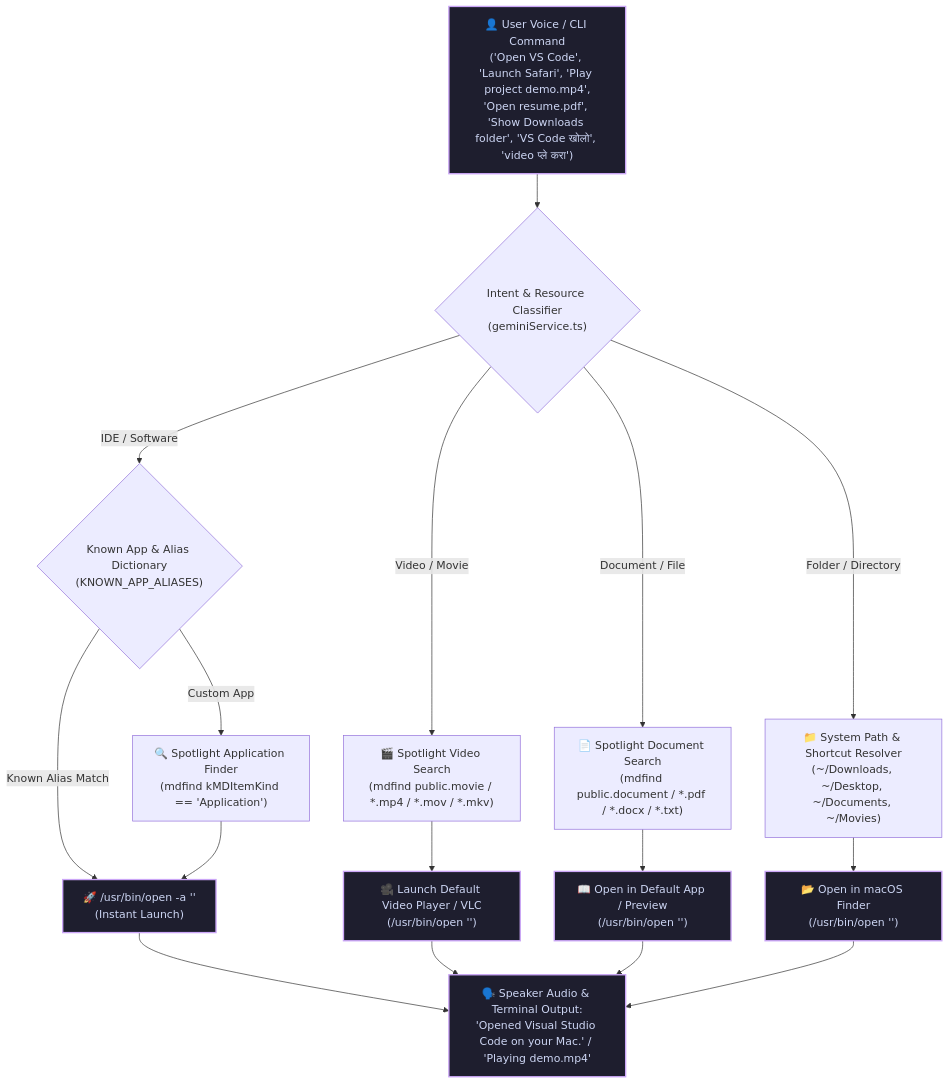
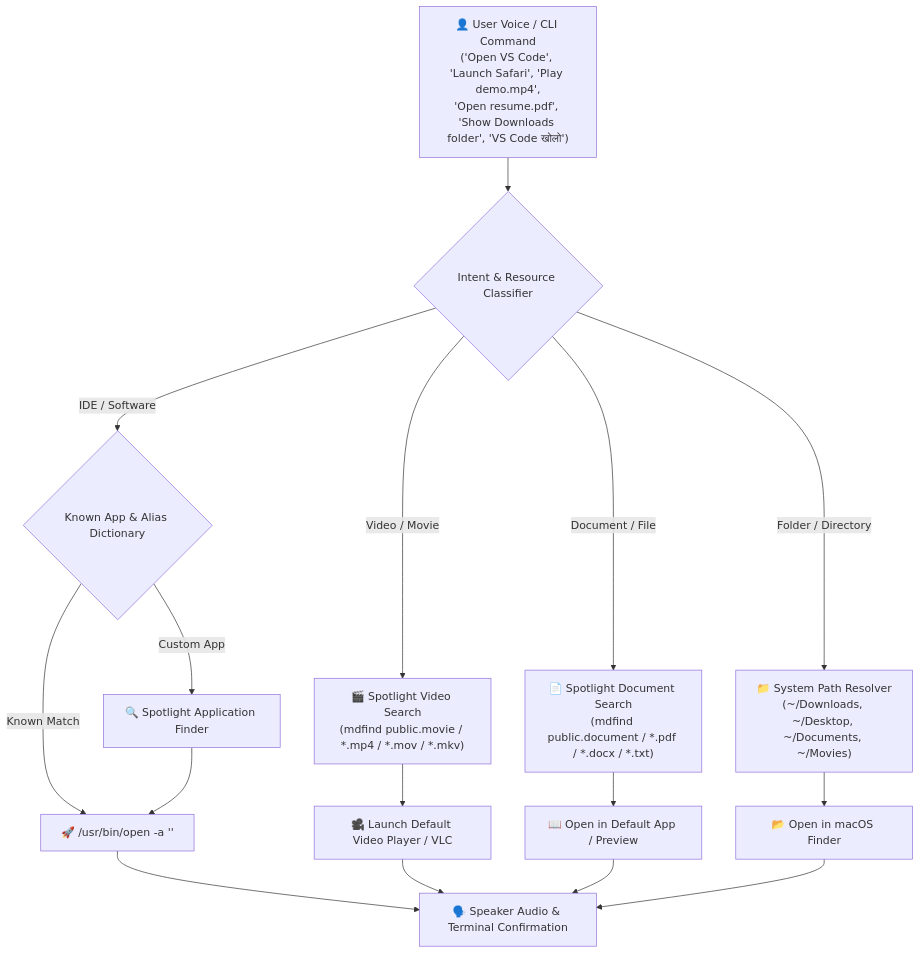
Before and after one commit to ashwintelangstark/january.systems: the seventh of 11 diagrams in README.md, drawn with Mermaid. The commit also changed other lines of this file, not shown here.

````diff
--- a/README.md
+++ b/README.md
@@ -235,22 +362,19 @@
 ```mermaid
 flowchart TD
-    CMD["👤 User Voice / CLI Command<br/>('Open VS Code', 'Launch Safari', 'Play project demo.mp4',<br/>'Open resume.pdf', 'Show Downloads folder', 'VS Code खोलो', 'video प्ले करा')"] --> PARSE{"Intent & Resource Classifier<br/>(geminiService.ts)"}
+    CMD["👤 User Voice / CLI Command<br/>('Open VS Code', 'Launch Safari', 'Play demo.mp4',<br/>'Open resume.pdf', 'Show Downloads folder', 'VS Code खोलो')"] --> PARSE{"Intent & Resource Classifier"}
 
-    PARSE -->|"IDE / Software"| APP_LOOKUP{"Known App & Alias Dictionary<br/>(KNOWN_APP_ALIASES)"}
+    PARSE -->|"IDE / Software"| APP_LOOKUP{"Known App & Alias Dictionary"}
     PARSE -->|"Video / Movie"| SPOT_VID["🎬 Spotlight Video Search<br/>(mdfind public.movie / *.mp4 / *.mov / *.mkv)"]
     PARSE -->|"Document / File"| SPOT_DOC["📄 Spotlight Document Search<br/>(mdfind public.document / *.pdf / *.docx / *.txt)"]
-    PARSE -->|"Folder / Directory"| FOLDER_LOOKUP["📁 System Path & Shortcut Resolver<br/>(~/Downloads, ~/Desktop, ~/Documents, ~/Movies)"]
+    PARSE -->|"Folder / Directory"| FOLDER_LOOKUP["📁 System Path Resolver<br/>(~/Downloads, ~/Desktop, ~/Documents, ~/Movies)"]
 
-    APP_LOOKUP -->|"Known Alias Match"| EXEC_APP["🚀 /usr/bin/open -a '<App>'<br/>(Instant Launch)"]
-    APP_LOOKUP -->|"Custom App"| SPOT_APP["🔍 Spotlight Application Finder<br/>(mdfind kMDItemKind == 'Application')"]
+    APP_LOOKUP -->|"Known Match"| EXEC_APP["🚀 /usr/bin/open -a '<App>'"]
+    APP_LOOKUP -->|"Custom App"| SPOT_APP["🔍 Spotlight Application Finder"]
     SPOT_APP --> EXEC_APP
 
-    SPOT_VID --> PLAY_VID["🎥 Launch Default Video Player / VLC<br/>(/usr/bin/open '<VideoPath>')"]
-    SPOT_DOC --> OPEN_DOC["📖 Open in Default App / Preview<br/>(/usr/bin/open '<DocPath>')"]
-    FOLDER_LOOKUP --> OPEN_FOLDER["📂 Open in macOS Finder<br/>(/usr/bin/open '<FolderPath>')"]
+    SPOT_VID --> PLAY_VID["🎥 Launch Default Video Player / VLC"]
+    SPOT_DOC --> OPEN_DOC["📖 Open in Default App / Preview"]
+    FOLDER_LOOKUP --> OPEN_FOLDER["📂 Open in macOS Finder"]
 
-    EXEC_APP & PLAY_VID & OPEN_DOC & OPEN_FOLDER --> CONFIRM["🗣️ Speaker Audio & Terminal Output:<br/>'Opened Visual Studio Code on your Mac.' / 'Playing demo.mp4'"]
-
-    classDef sysNode fill:#1e1e2e,stroke:#cba6f7,stroke-width:2px,color:#cdd6f4;
-    class CMD,EXEC_APP,PLAY_VID,OPEN_DOC,OPEN_FOLDER,CONFIRM sysNode;
+    EXEC_APP & PLAY_VID & OPEN_DOC & OPEN_FOLDER --> CONFIRM["🗣️ Speaker Audio & Terminal Confirmation"]
 ```
````
